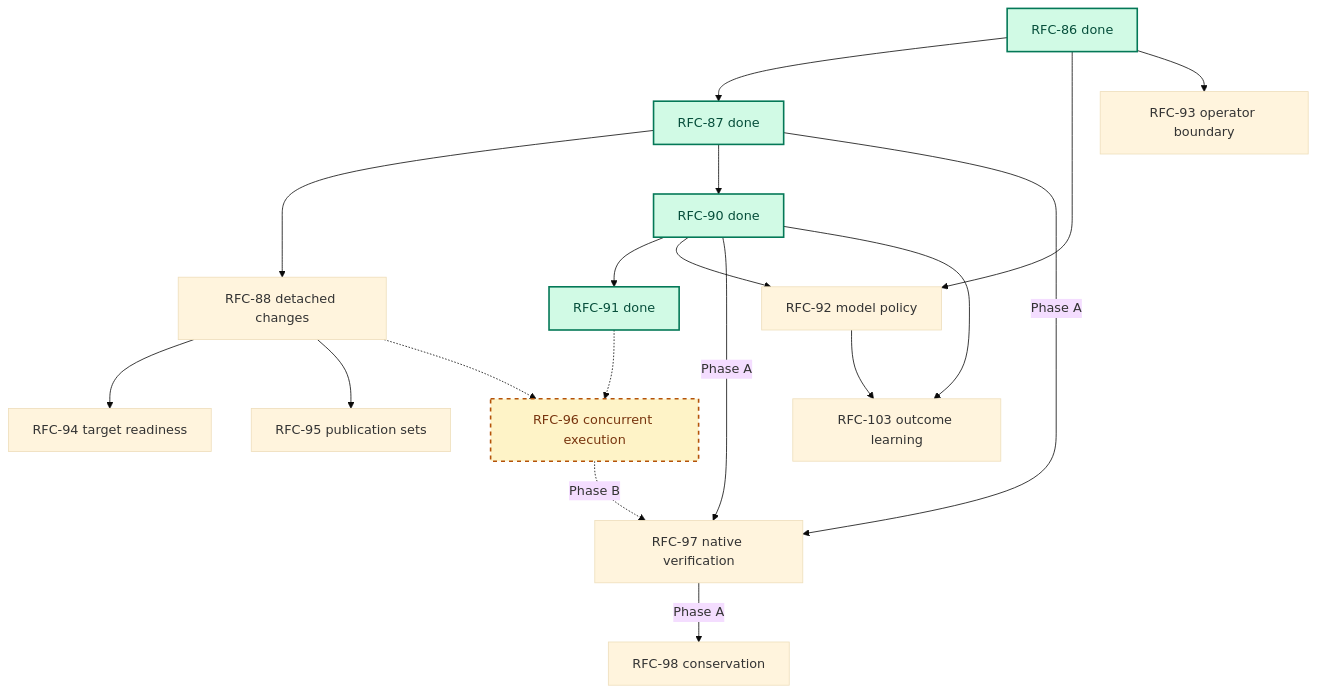
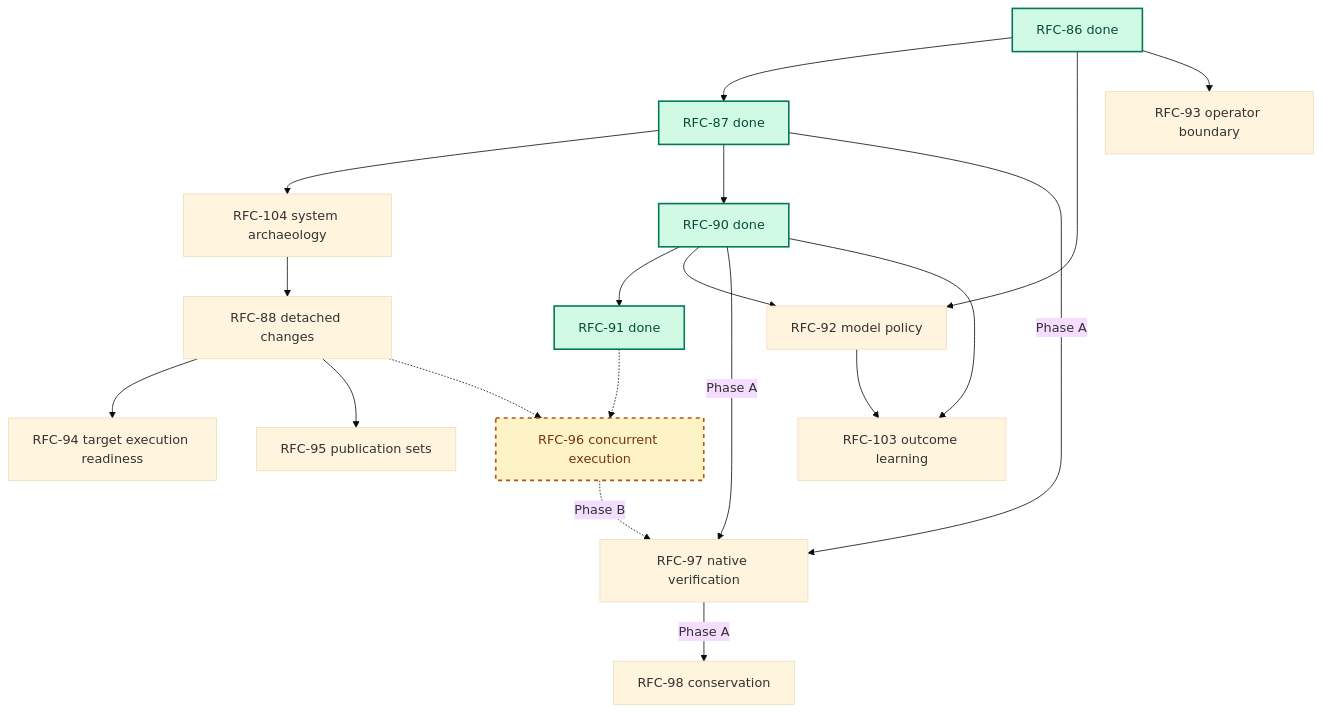
The diagram in rfcs/platform.md (augentic/anvil), drawn with Mermaid (base theme) before and after one commit. The commit also changed other lines of this file and 10 other files, not shown here.

````diff
--- a/rfcs/platform.md
+++ b/rfcs/platform.md
@@ -41,25 +43,26 @@
 ```mermaid
 flowchart TD
     R86[RFC-86 done] --> R87[RFC-87 done]
     R86 --> R92[RFC-92 model policy]
     R86 --> R93[RFC-93 operator boundary]
-    R87 --> R88[RFC-88 detached changes]
+    R87 --> R104[RFC-104 system archaeology]
+    R104 --> R88[RFC-88 detached changes]
     R87 --> R90[RFC-90 done]
     R90 --> R91[RFC-91 done]
     R90 --> R92
     R87 -->|Phase A| R97[RFC-97 native verification]
     R90 -->|Phase A| R97
-    R88 --> R94[RFC-94 target readiness]
+    R88 --> R94[RFC-94 target execution readiness]
     R88 --> R95[RFC-95 publication sets]
     R88 -.-> R96[RFC-96 concurrent execution]
     R91 -.-> R96
     R96 -.->|Phase B| R97
     R97 -->|Phase A| R98[RFC-98 conservation]
     R90 --> R103[RFC-103 outcome learning]
     R92 --> R103
 
     classDef done fill:#d1fae5,stroke:#047857,color:#064e3b,stroke-width:2px
     classDef gated fill:#fef3c7,stroke:#b45309,color:#78350f,stroke-width:2px,stroke-dasharray: 5 5
     class R86,R87,R90,R91 done
     class R96 gated
 ```
````
